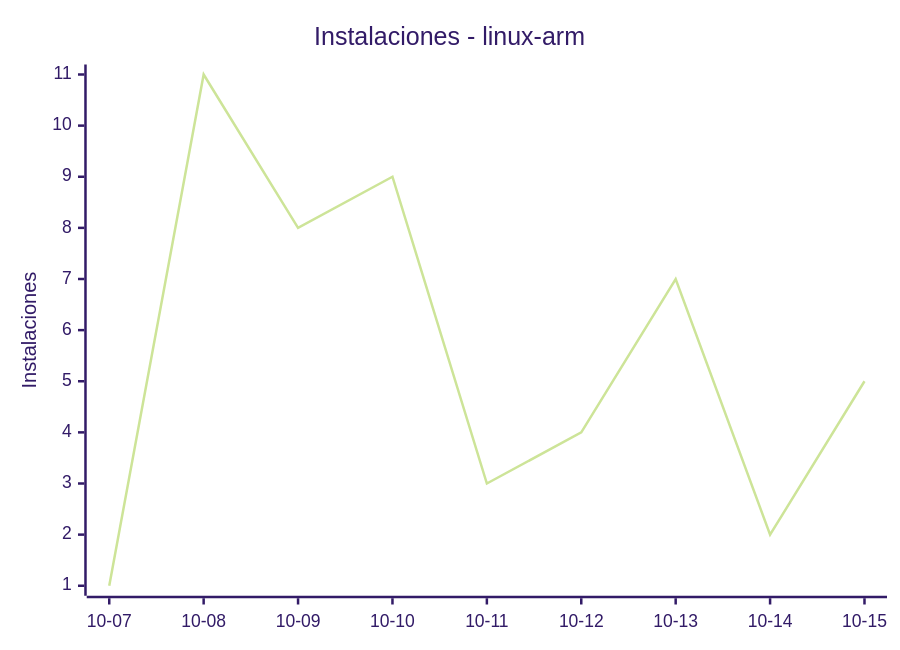
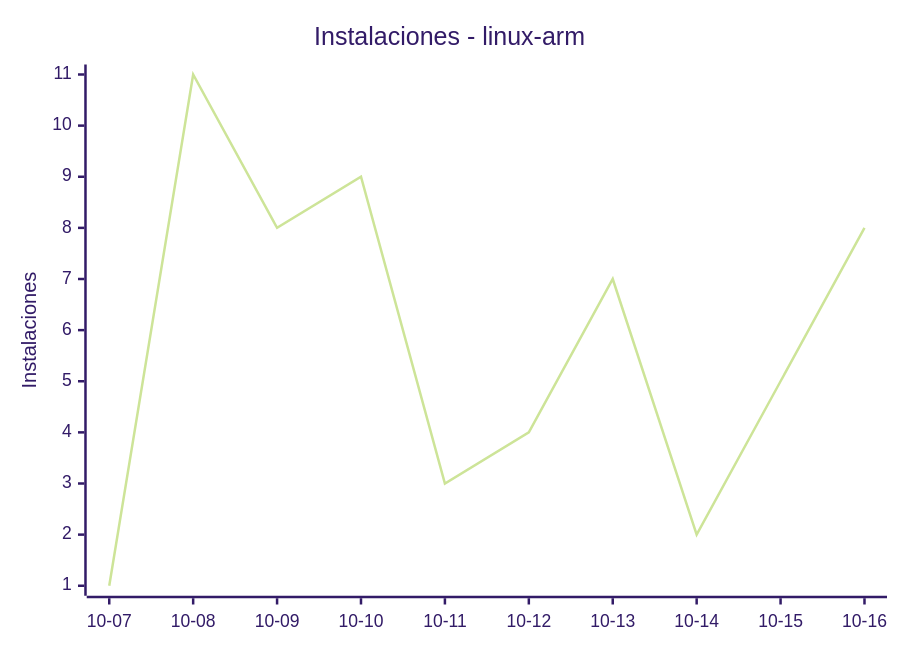
One commit to EmuDeck/stats changed the fifth of 8 diagrams in README.md. Above: the diagram before and after it, drawn with Mermaid (forest theme). The commit also changed other lines of this file and 2 other files, not shown here.

````diff
--- a/README.md
+++ b/README.md
@@ -60,7 +60,7 @@
 ```mermaid
 xychart-beta
     title "Instalaciones - linux-arm"
-    x-axis ["10-07", "10-08", "10-09", "10-10", "10-11", "10-12", "10-13", "10-14", "10-15"]
+    x-axis ["10-07", "10-08", "10-09", "10-10", "10-11", "10-12", "10-13", "10-14", "10-15", "10-16"]
     y-axis "Instalaciones"
-    line [1, 11, 8, 9, 3, 4, 7, 2, 5]
+    line [1, 11, 8, 9, 3, 4, 7, 2, 5, 8]
 ```
````
